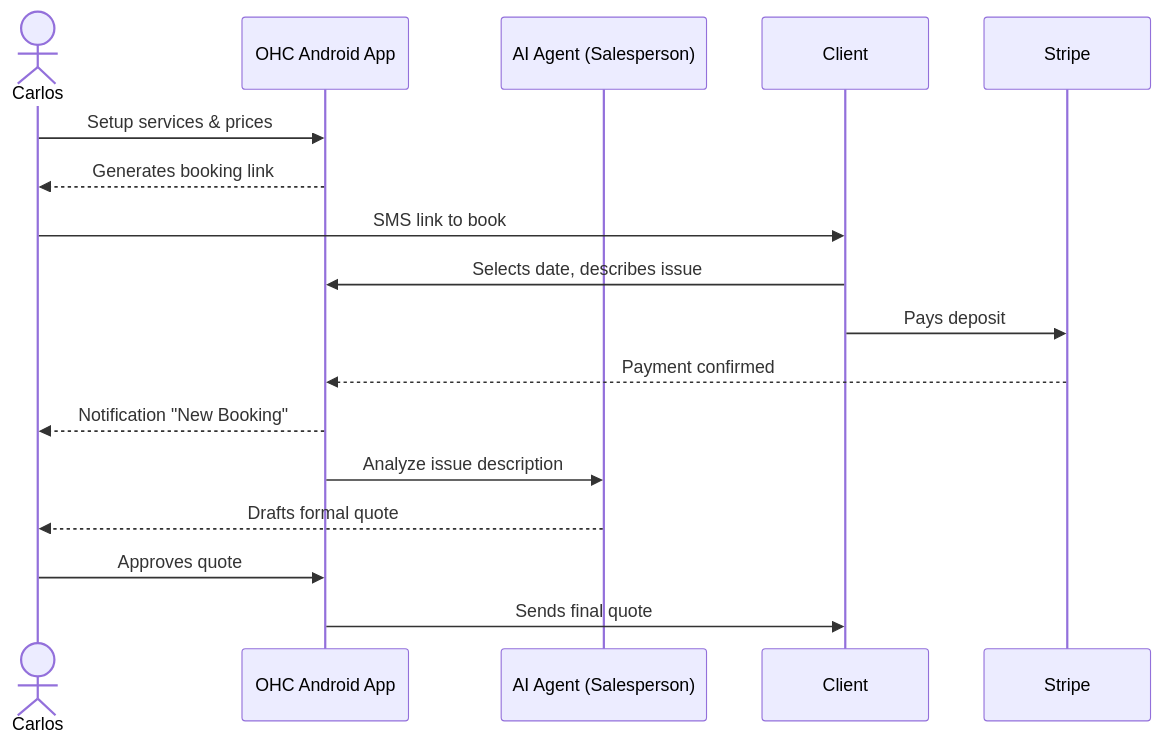
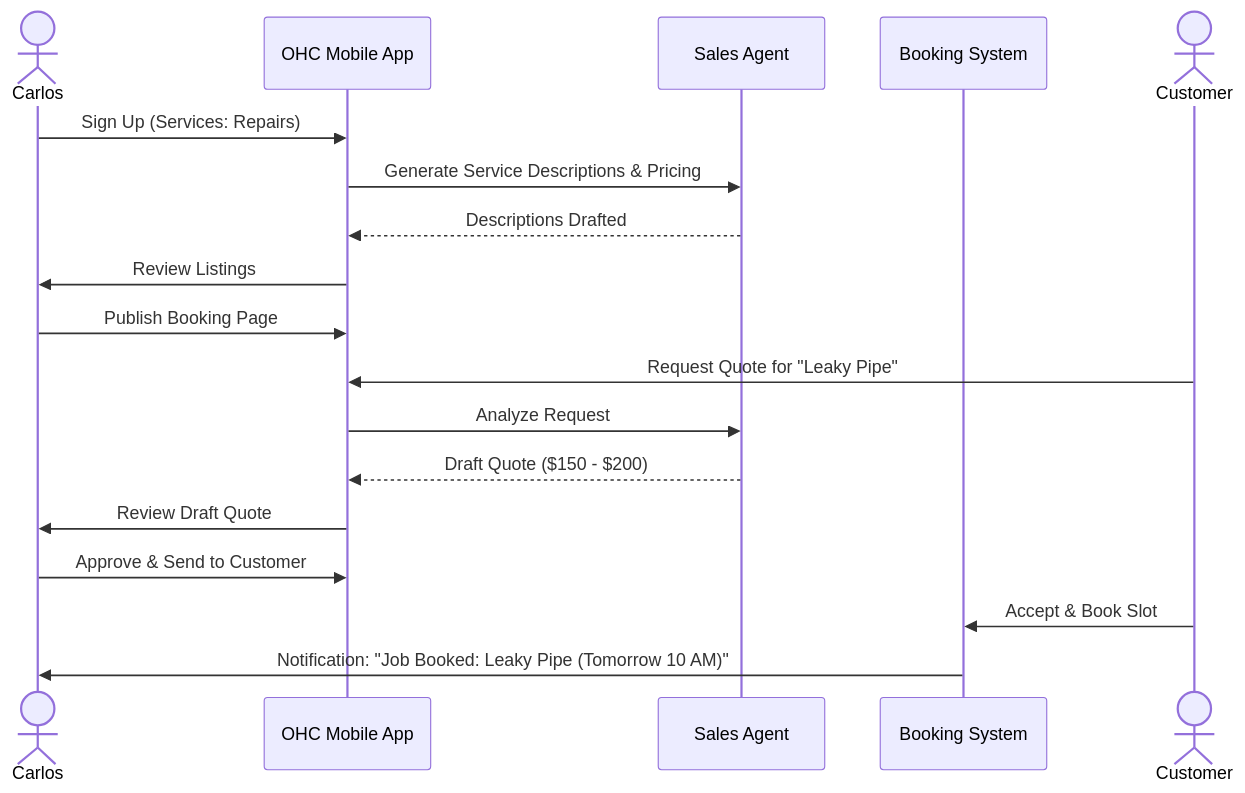
Before and after one commit to omnisolo-llc/onehumancorp: the second of 5 diagrams in docs/architecture/ohc_business_journey_architecture.md, drawn with Mermaid. The commit also changed other lines of this file, not shown here.

Commit message:
update business journey architecture doc

````diff
--- a/docs/architecture/ohc_business_journey_architecture.md
+++ b/docs/architecture/ohc_business_journey_architecture.md
@@ -57,20 +78,22 @@
 ```mermaid
 sequenceDiagram
     actor Carlos
-    participant OHC Android App
-    participant AI Agent (Salesperson)
-    participant Client
-    participant Stripe
+    participant App as OHC Mobile App
+    participant AI_Sales as Sales Agent
+    participant Cal as Booking System
+    actor Customer
 
-    Carlos->>OHC Android App: Setup services & prices
-    OHC Android App-->>Carlos: Generates booking link
-    Carlos->>Client: SMS link to book
-    Client->>OHC Android App: Selects date, describes issue
-    Client->>Stripe: Pays deposit
-    Stripe-->>OHC Android App: Payment confirmed
-    OHC Android App-->>Carlos: Notification "New Booking"
-    OHC Android App->>AI Agent (Salesperson): Analyze issue description
-    AI Agent (Salesperson)-->>Carlos: Drafts formal quote
-    Carlos->>OHC Android App: Approves quote
-    OHC Android App->>Client: Sends final quote
+    Carlos->>App: Sign Up (Services: Repairs)
+    App->>AI_Sales: Generate Service Descriptions & Pricing
+    AI_Sales-->>App: Descriptions Drafted
+    App->>Carlos: Review Listings
+    Carlos->>App: Publish Booking Page
+
+    Customer->>App: Request Quote for "Leaky Pipe"
+    App->>AI_Sales: Analyze Request
+    AI_Sales-->>App: Draft Quote ($150 - $200)
+    App->>Carlos: Review Draft Quote
+    Carlos->>App: Approve & Send to Customer
+    Customer->>Cal: Accept & Book Slot
+    Cal->>Carlos: Notification: "Job Booked: Leaky Pipe (Tomorrow 10 AM)"
 ```
````
